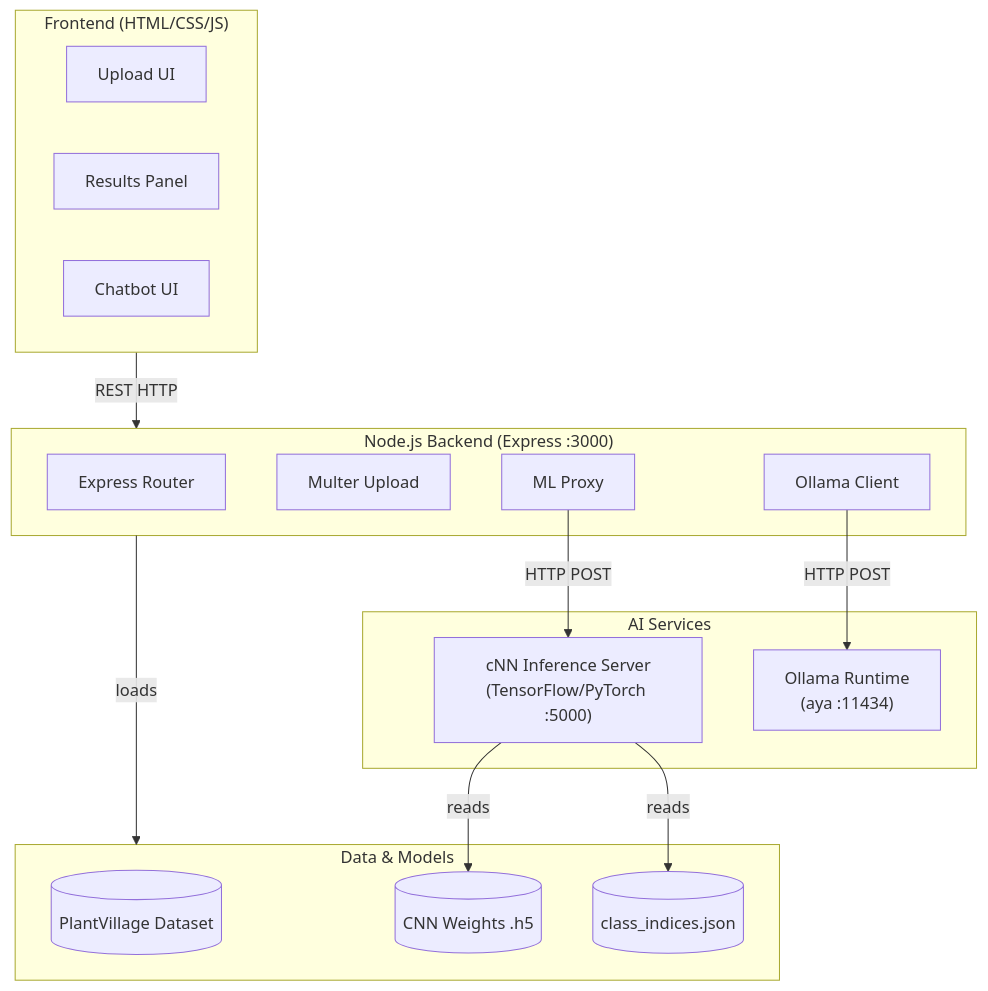
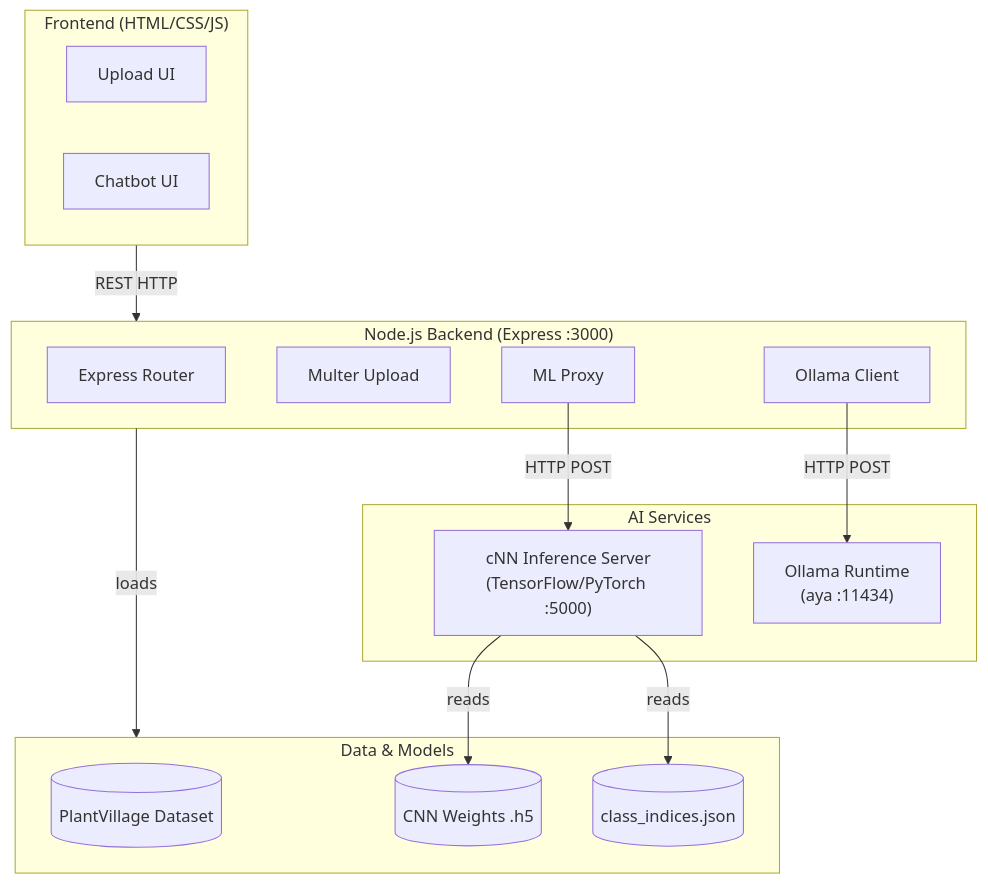
Before and after one commit to youssef-mahdy-dev/Flora: the fifth of 6 diagrams in README.md, drawn with Mermaid.

````diff
--- a/README.md
+++ b/README.md
@@ -164,33 +164,32 @@
 ```mermaid
 graph TB
     subgraph Frontend["Frontend (HTML/CSS/JS)"]
         UI[Upload UI]
-        RP[Results Panel]
         CB[Chatbot UI]
     end
 
     subgraph Backend["Node.js Backend (Express :3000)"]
         RT[Express Router]
         MU[Multer Upload]
         ML_P[ML Proxy]
         OL_C[Ollama Client]
     end
 
     subgraph AI["AI Services"]
         FL["cNN Inference Server\n(TensorFlow/PyTorch :5000)"]
         OL["Ollama Runtime\n(aya  :11434)"]
     end
 
     subgraph Data["Data & Models"]
         DS[(PlantVillage Dataset)]
         MW[(CNN Weights .h5)]
         CI[(class_indices.json)]
     end
 
     Frontend -->|REST HTTP| Backend
     ML_P -->|HTTP POST| FL
     OL_C -->|HTTP POST| OL
     Backend -->|loads| Data
     FL -->|reads| MW
     FL -->|reads| CI
 ```
````
